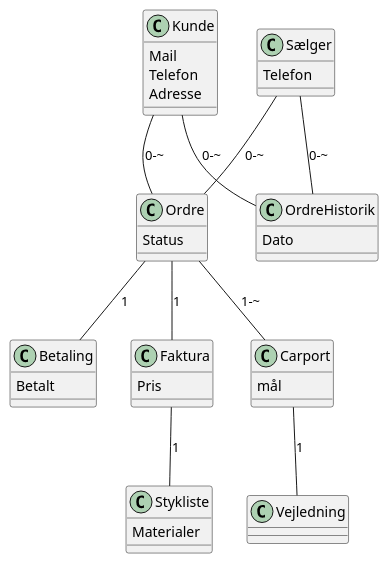
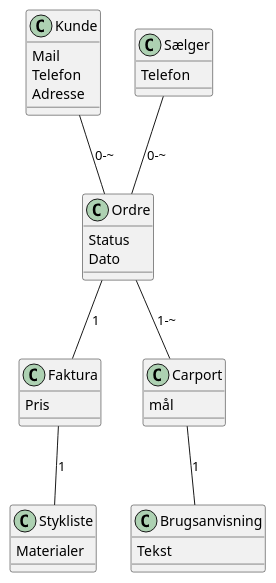
One commit to Mikkel-ao/Carport changed the diagram in docs/DomainModel.puml. Above: the diagram before and after it, drawn with PlantUML. The commit also changed 1 other file, not shown here.

```diff
--- a/docs/DomainModel.puml
+++ b/docs/DomainModel.puml
@@ -1,44 +1,38 @@
 @startuml
 'https://plantuml.com/class-diagram
 'Domain Model'
-class Betaling {
-Betalt
-}
+
 class Kunde{
 Mail
 Telefon
 Adresse
 }
 class Sælger{
 Telefon
 }
 class Ordre{
 Status
+Dato
 }
 class Faktura {
 Pris
 }
-class OrdreHistorik{
-Dato
-}
 class Carport {
 mål
 }
-class Vejledning{
+class Brugsanvisning{
+Tekst
 }
 class Stykliste {
 Materialer
 }
 
 'pile'
 Kunde -- Ordre: 0-~
 Ordre -- Carport: 1-~
 Ordre -- Faktura: 1
-Ordre -- Betaling: 1
-Kunde -- OrdreHistorik: 0-~
 Sælger -- Ordre: 0-~
 Faktura -- Stykliste: 1
-Sælger -- OrdreHistorik: 0-~
-Carport -- Vejledning: 1
+Carport -- Brugsanvisning: 1
 
 @enduml
```
